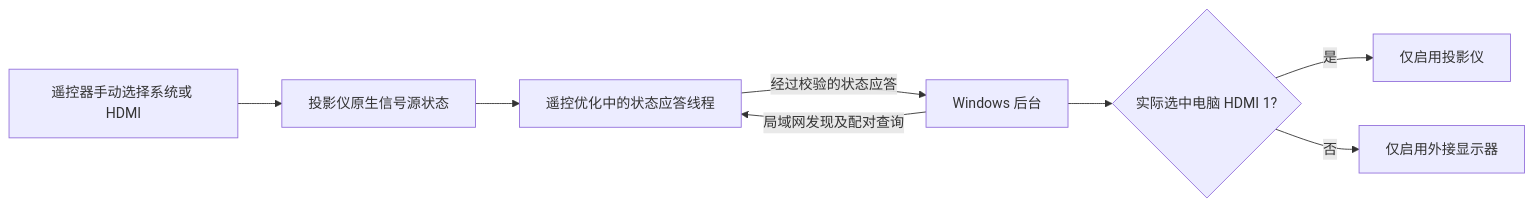
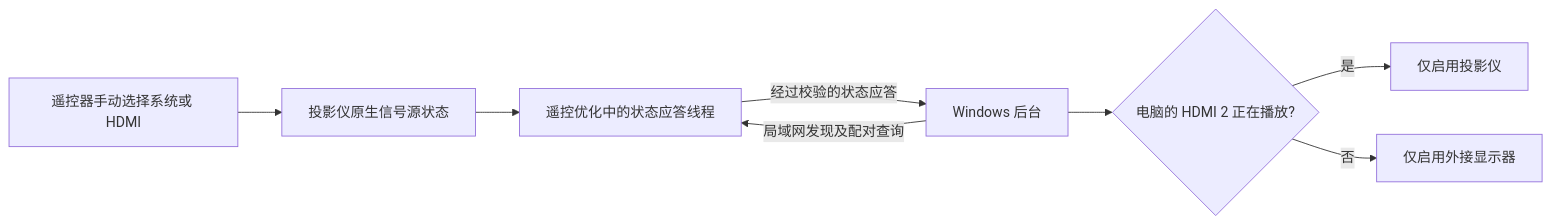
The diagram in docs/04-display-router.md (pickarm/dangbei-z7x-pro-notes), drawn with Mermaid before and after one commit. The commit also changed other lines of this file and 31 other files, not shown here.

````diff
--- a/docs/04-display-router.md
+++ b/docs/04-display-router.md
@@ -19,10 +19,10 @@
 ```mermaid
 flowchart LR
     A[遥控器手动选择系统或 HDMI] --> B[投影仪原生信号源状态]
     B --> C[遥控优化中的状态应答线程]
     D[Windows 后台] -->|局域网发现及配对查询| C
     C -->|经过校验的状态应答| D
-    D --> E{实际选中电脑 HDMI 1?}
+    D --> E{电脑的 HDMI 2 正在播放?}
     E -->|是| F[仅启用投影仪]
     E -->|否| G[仅启用外接显示器]
 ```
````
